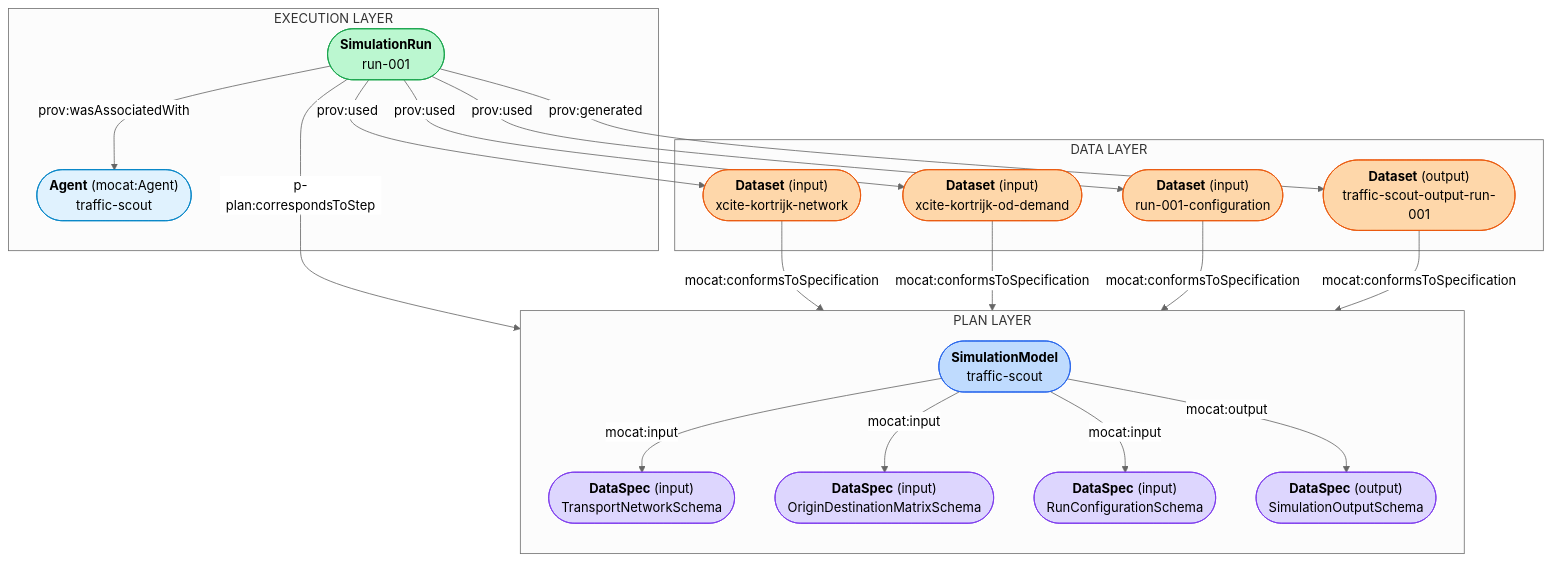
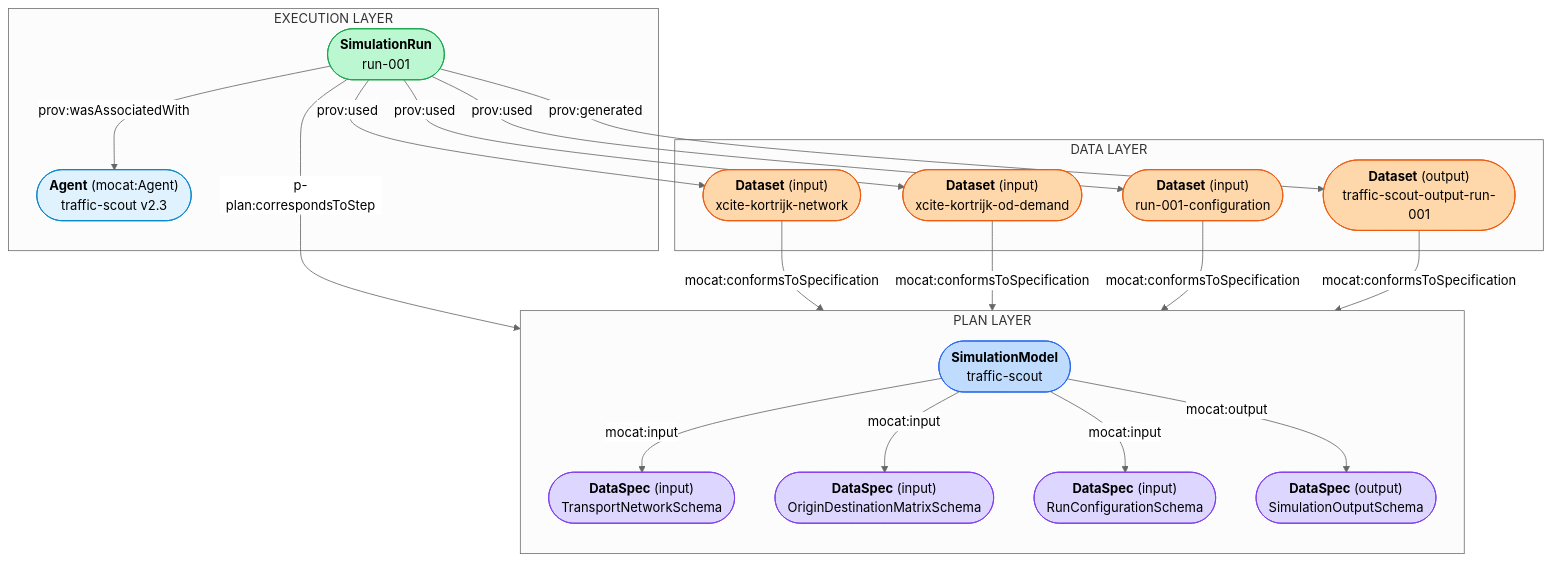
Before and after one commit to milieuinfo/mocat: the diagram in mocat-ontology/src/main/resources/examples/Traffic-Scout-end-to-end-scenario.md, drawn with Mermaid (neutral theme). The commit also changed other lines of this file and 6 other files, not shown here.

Commit message:
Traffic-Scout data specification

````diff
--- a/mocat-ontology/src/main/resources/examples/Traffic-Scout-end-to-end-scenario.md
+++ b/mocat-ontology/src/main/resources/examples/Traffic-Scout-end-to-end-scenario.md
@@ -27,55 +40,55 @@
 ```mermaid
 flowchart TD
     subgraph PLAN["PLAN LAYER"]
         direction TB
         M(["`**SimulationModel**
         traffic-scout`"]):::plan
         IS(["`**DataSpec** (input)
         TransportNetworkSchema`"]):::spec
         ODIS(["`**DataSpec** (input)
         OriginDestinationMatrixSchema`"]):::spec
         RCIS(["`**DataSpec** (input)
         RunConfigurationSchema`"]):::spec
         OS(["`**DataSpec** (output)
         SimulationOutputSchema`"]):::spec
         M -->|mocat:input| IS
         M -->|mocat:input| ODIS
         M -->|mocat:input| RCIS
         M -->|mocat:output| OS
     end
 
     subgraph EXEC["EXECUTION LAYER"]
         R(["`**SimulationRun**
         run-001`"]):::run
         A(["`**Agent** (mocat:Agent)
-        traffic-scout`"]):::agent
+        traffic-scout v2.3`"]):::agent
         R -->|prov:wasAssociatedWith| A
     end
 
     subgraph DATA["DATA LAYER"]
         DI(["`**Dataset** (input)
         xcite-kortrijk-network`"]):::data
         DOD(["`**Dataset** (input)
         xcite-kortrijk-od-demand`"]):::data
         DRC(["`**Dataset** (input)
         run-001-configuration`"]):::data
         DO(["`**Dataset** (output)
         traffic-scout-output-run-001`"]):::data
     end
 
     R -->|p-plan:correspondsToStep| M
     R -->|prov:used| DI
     R -->|prov:used| DOD
     R -->|prov:used| DRC
     R -->|prov:generated| DO
     DI -->|mocat:conformsToSpecification| IS
     DOD -->|mocat:conformsToSpecification| ODIS
     DRC -->|mocat:conformsToSpecification| RCIS
     DO -->|mocat:conformsToSpecification| OS
 
     classDef plan   fill:#BFDBFE,stroke:#2563EB,color:#000
     classDef run    fill:#BBF7D0,stroke:#16A34A,color:#000
     classDef data   fill:#FED7AA,stroke:#EA580C,color:#000
     classDef spec   fill:#DDD6FE,stroke:#7C3AED,color:#000
     classDef agent  fill:#E0F2FE,stroke:#0284C7,color:#000
 ```
````
